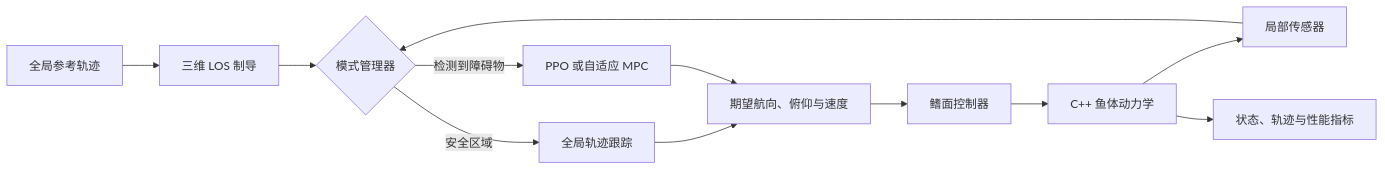
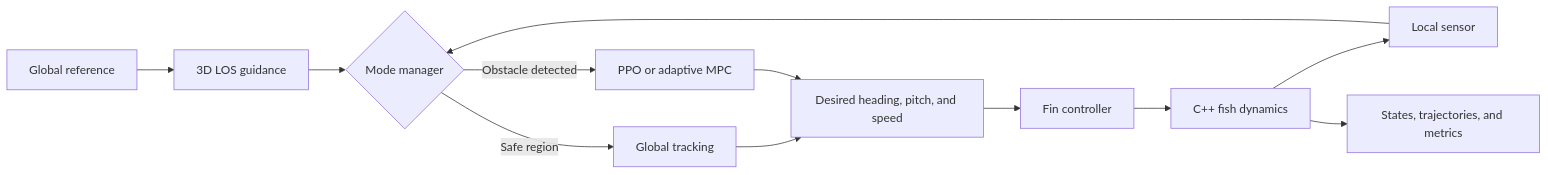
The diagram in README.md (kkisok0123/RL-UUV-trajectory-planning), drawn with Mermaid before and after one commit. The commit also changed other lines of this file, not shown here.

````diff
--- a/README.md
+++ b/README.md
@@ -25,14 +22,14 @@
 ```mermaid
 flowchart LR
-    A[全局参考轨迹] --> B[三维 LOS 制导]
-    S[局部传感器] --> M{模式管理器}
+    A[Global reference] --> B[3D LOS guidance]
+    S[Local sensor] --> M{Mode manager}
     B --> M
-    M -->|安全区域| C[全局轨迹跟踪]
-    M -->|检测到障碍物| D[PPO 或自适应 MPC]
-    C --> E[期望航向、俯仰与速度]
+    M -->|Safe region| C[Global tracking]
+    M -->|Obstacle detected| D[PPO or adaptive MPC]
+    C --> E[Desired heading, pitch, and speed]
     D --> E
-    E --> F[鳍面控制器]
-    F --> G[C++ 鱼体动力学]
+    E --> F[Fin controller]
+    F --> G[C++ fish dynamics]
     G --> S
-    G --> H[状态、轨迹与性能指标]
+    G --> H[States, trajectories, and metrics]
 ```
````
